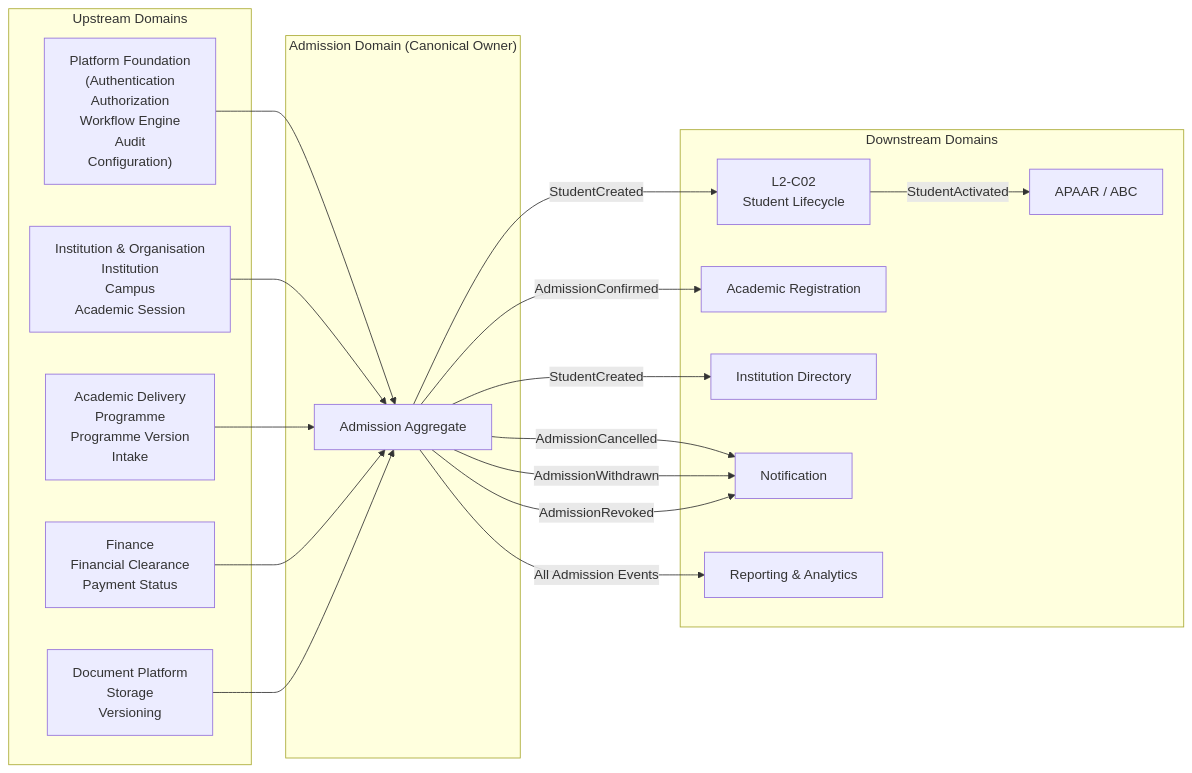
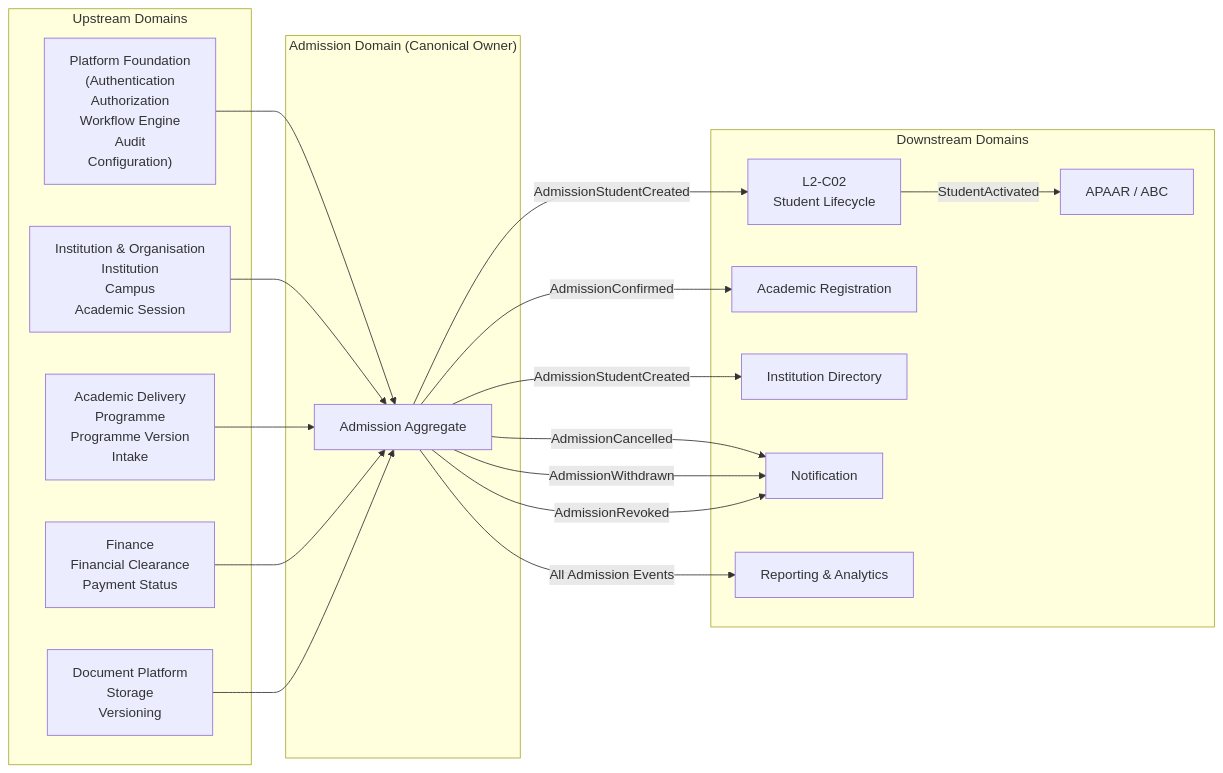
Diagram 12 of 24 in architecture/L2_Domain_Workflow_Architecture/section-c/L2-C01_Admissions_Workflows.md (Varad1604/ERP_hark), drawn with Mermaid before and after one commit. The commit also changed other lines of this file and 32 other files, not shown here.

```diff
--- a/architecture/L2_Domain_Workflow_Architecture/section-c/L2-C01_Admissions_Workflows.md
+++ b/architecture/L2_Domain_Workflow_Architecture/section-c/L2-C01_Admissions_Workflows.md
@@ -7743,7 +7743,7 @@
 %% Published Business Events
 %% ==========================================================
 
-ADMISSION -->|StudentCreated| STU
+ADMISSION -->|AdmissionStudentCreated| STU
 
 ADMISSION -->|AdmissionConfirmed| REG
 
@@ -7751,7 +7751,7 @@
 ADMISSION -->|AdmissionWithdrawn| NOTIFY
 ADMISSION -->|AdmissionRevoked| NOTIFY
 
-ADMISSION -->|StudentCreated| DIR
+ADMISSION -->|AdmissionStudentCreated| DIR
 
 STU -->|StudentActivated| ABC
 
```
